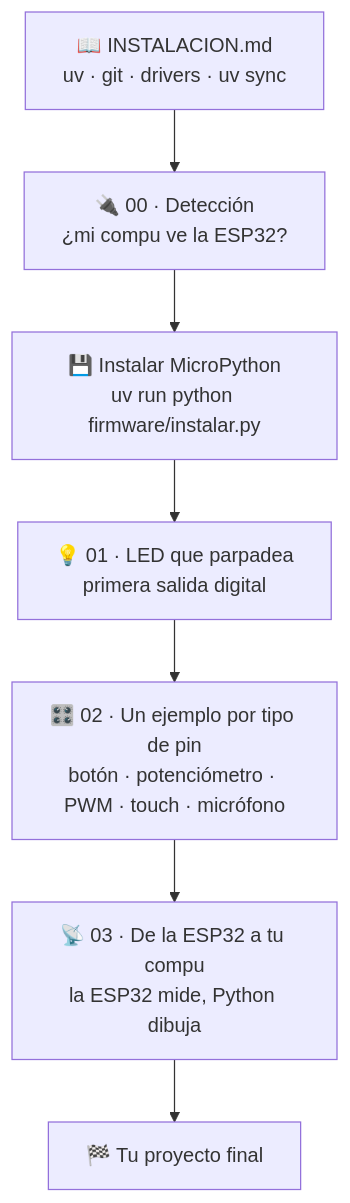
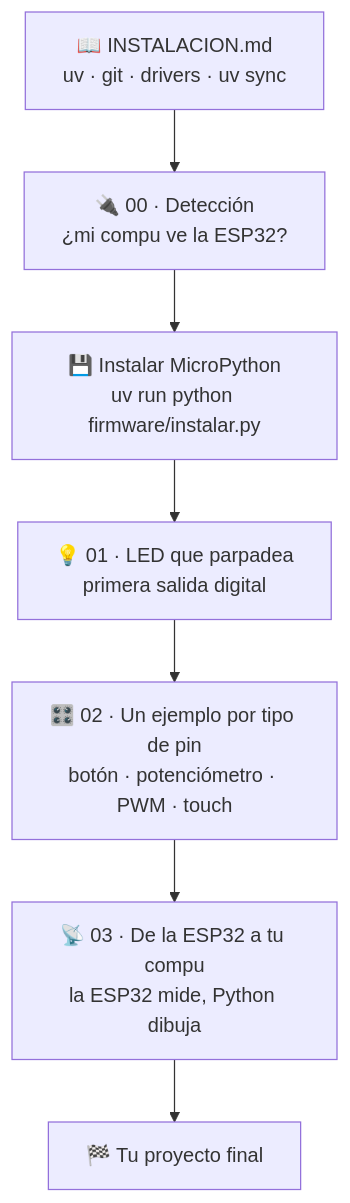
One commit to strahlenguy/ESP32 changed the second of 2 diagrams in README.md. Above: the diagram before and after it, drawn with Mermaid. The commit also changed other lines of this file and 4 other files, not shown here.

First line of the commit message:
Quita el ejemplo del micrófono y aclara cómo correr pc_grafica.py

````diff
--- a/README.md
+++ b/README.md
@@ -30,10 +30,10 @@
 ```mermaid
 flowchart TD
     A["📖 INSTALACION.md<br/>uv · git · drivers · uv sync"] --> B
     B["🔌 00 · Detección<br/>¿mi compu ve la ESP32?"] --> F
     F["💾 Instalar MicroPython<br/>uv run python firmware/instalar.py"] --> C
     C["💡 01 · LED que parpadea<br/>primera salida digital"] --> D
-    D["🎛️ 02 · Un ejemplo por tipo de pin<br/>botón · potenciómetro · PWM · touch · micrófono"] --> E
+    D["🎛️ 02 · Un ejemplo por tipo de pin<br/>botón · potenciómetro · PWM · touch"] --> E
     E["📡 03 · De la ESP32 a tu compu<br/>la ESP32 mide, Python dibuja"] --> G
     G["🏁 Tu proyecto final"]
 ```
````
